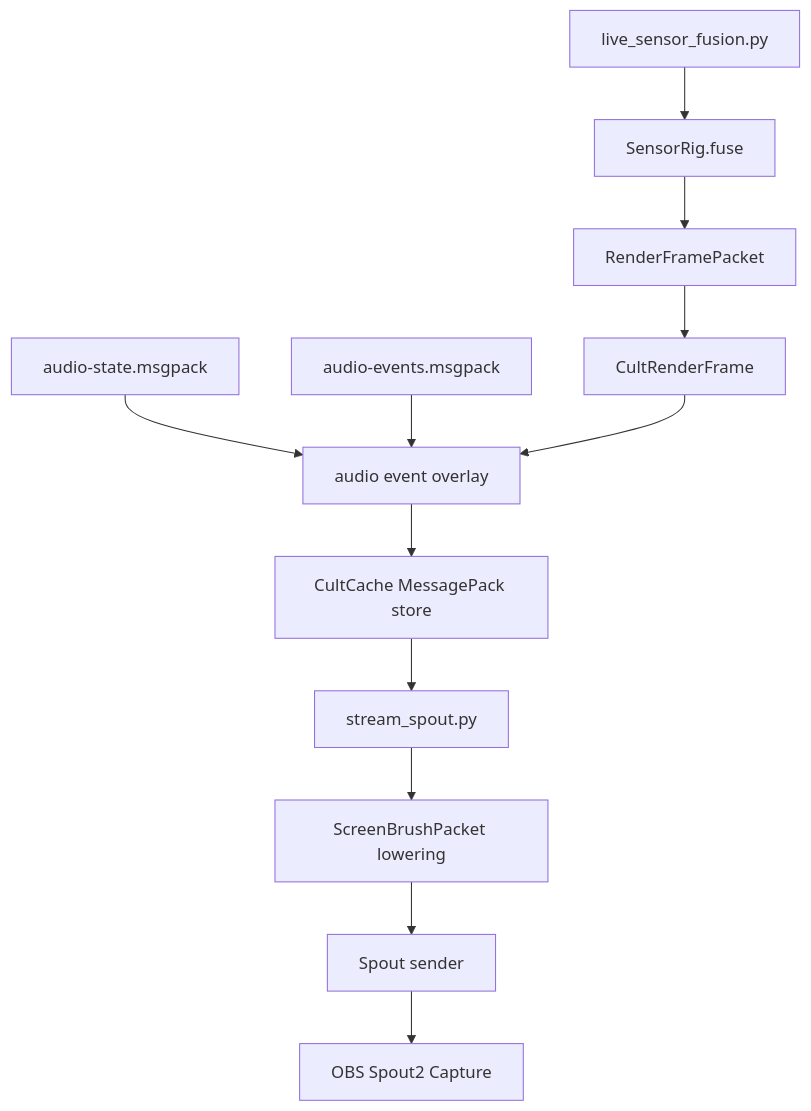
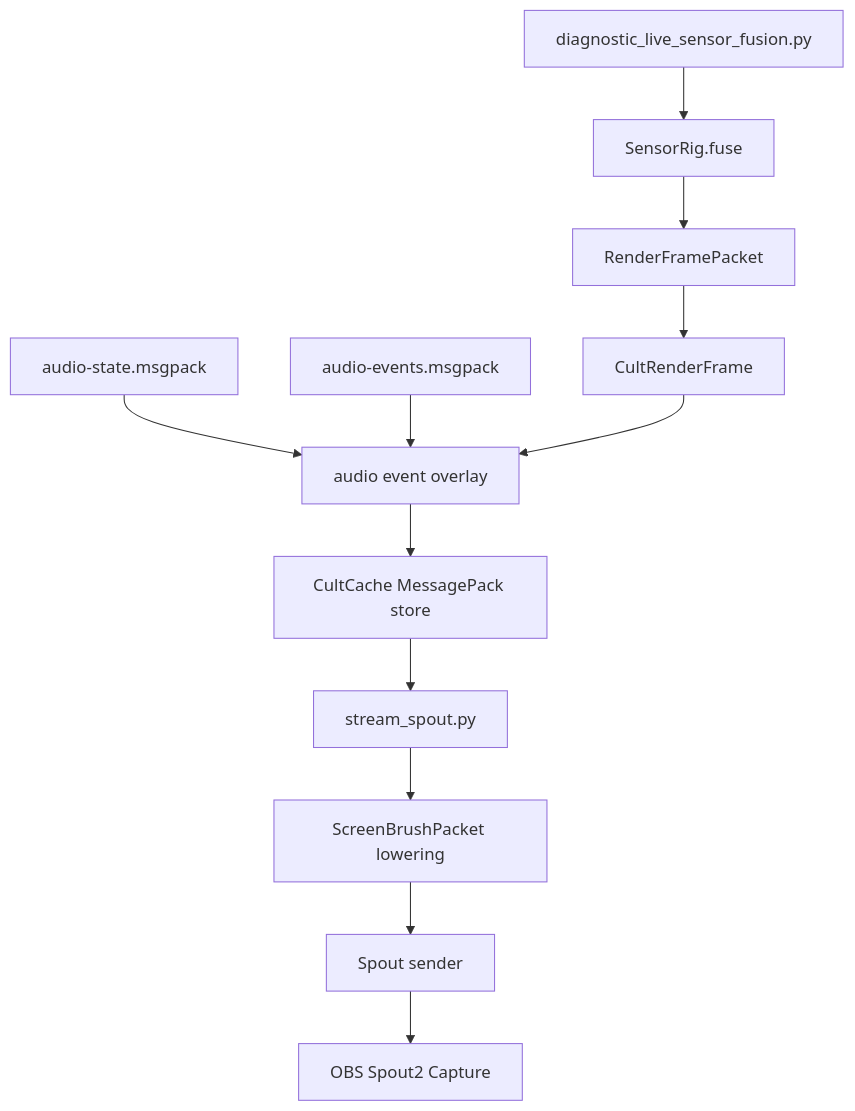
Before and after one commit to GameCult/Mimir: the diagram in docs/typed-visual-state.md, drawn with Mermaid. The commit also changed 10 other files, not shown here.

````diff
--- a/docs/typed-visual-state.md
+++ b/docs/typed-visual-state.md
@@ -11,14 +11,14 @@
 ```mermaid
 flowchart TD
-    A["live_sensor_fusion.py"] --> B["SensorRig.fuse"]
+    A["diagnostic_live_sensor_fusion.py"] --> B["SensorRig.fuse"]
     B --> C["RenderFramePacket"]
     C --> D["CultRenderFrame"]
     X["audio-state.msgpack"] --> Y["audio event overlay"]
     Z["audio-events.msgpack"] --> Y
     D --> Y
     Y --> E["CultCache MessagePack store"]
     E --> F["stream_spout.py"]
     F --> G["ScreenBrushPacket lowering"]
     G --> H["Spout sender"]
     H --> I["OBS Spout2 Capture"]
 ```
````
